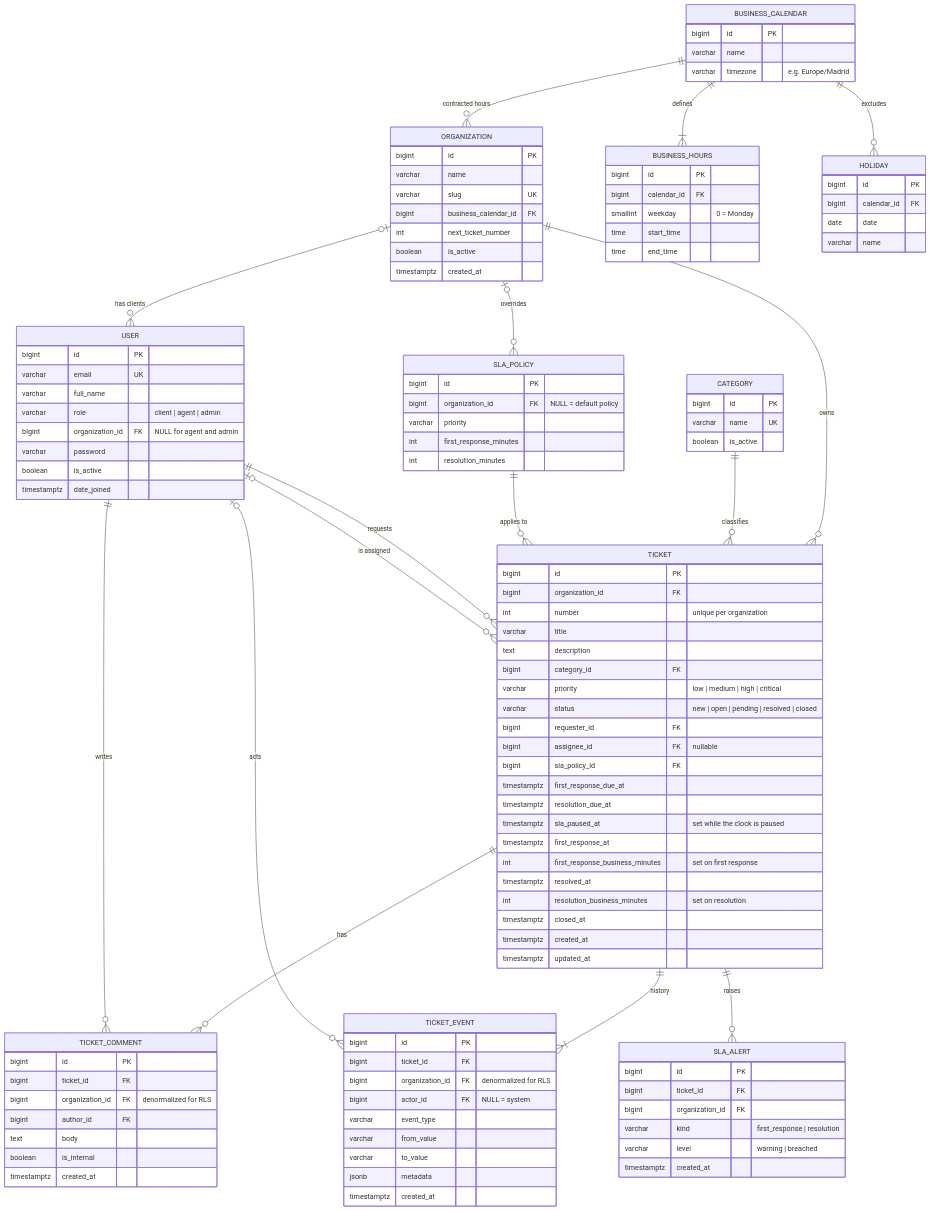
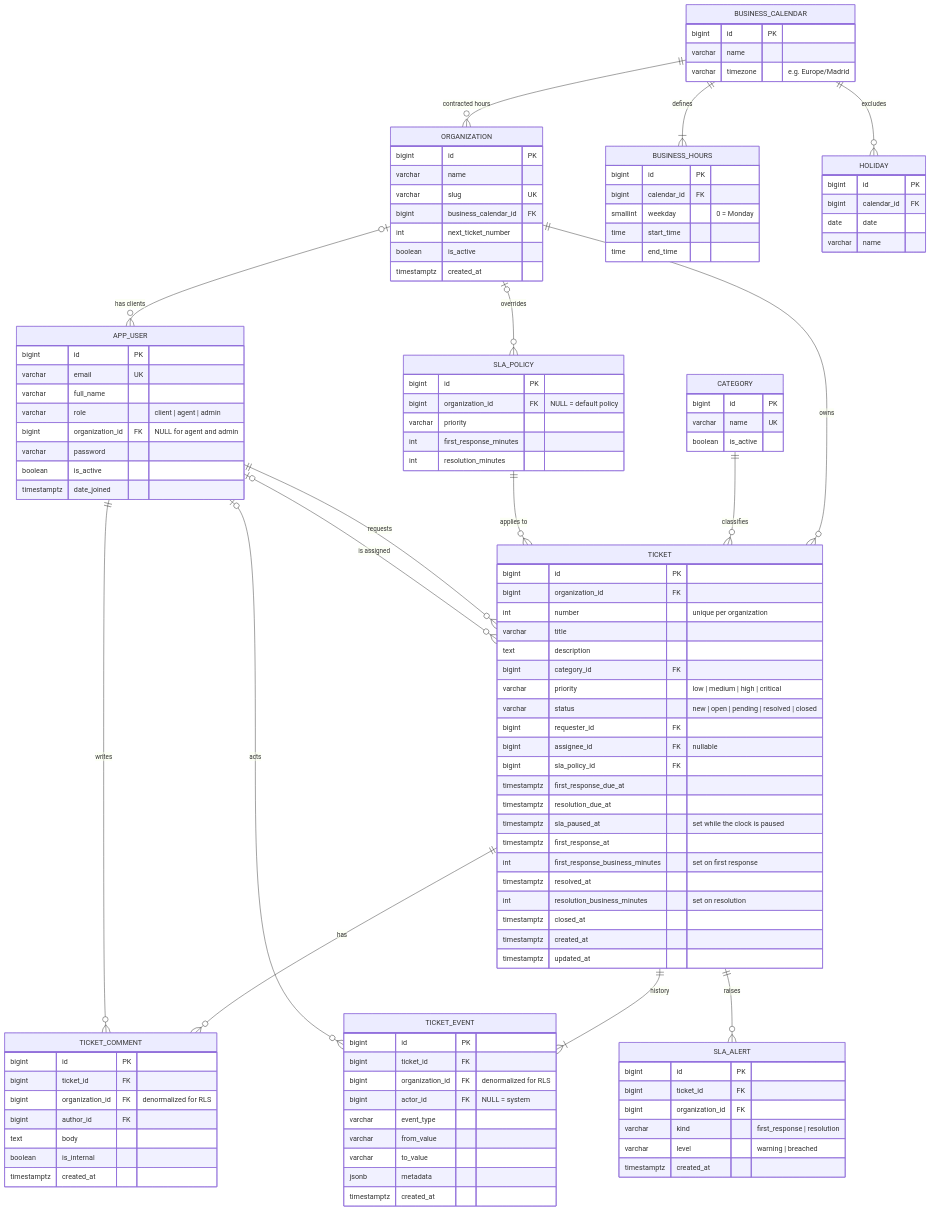
The diagram in docs/data-model.md (maarino02/helpdesk-sla), drawn with Mermaid before and after one commit. The commit also changed other lines of this file, not shown here.

Commit message:
rename user table to app_user in data model

```diff
--- a/docs/data-model.md
+++ b/docs/data-model.md
@@ -10,17 +10,17 @@
     BUSINESS_CALENDAR ||--o{ ORGANIZATION : "contracted hours"
     BUSINESS_CALENDAR ||--|{ BUSINESS_HOURS : "defines"
     BUSINESS_CALENDAR ||--o{ HOLIDAY : "excludes"
-    ORGANIZATION |o--o{ USER : "has clients"
+    ORGANIZATION |o--o{ APP_USER : "has clients"
     ORGANIZATION |o--o{ SLA_POLICY : "overrides"
     ORGANIZATION ||--o{ TICKET : "owns"
     CATEGORY ||--o{ TICKET : "classifies"
     SLA_POLICY ||--o{ TICKET : "applies to"
-    USER ||--o{ TICKET : "requests"
-    USER |o--o{ TICKET : "is assigned"
+    APP_USER ||--o{ TICKET : "requests"
+    APP_USER |o--o{ TICKET : "is assigned"
     TICKET ||--o{ TICKET_COMMENT : "has"
-    USER ||--o{ TICKET_COMMENT : "writes"
+    APP_USER ||--o{ TICKET_COMMENT : "writes"
     TICKET ||--|{ TICKET_EVENT : "history"
-    USER |o--o{ TICKET_EVENT : "acts"
+    APP_USER |o--o{ TICKET_EVENT : "acts"
     TICKET ||--o{ SLA_ALERT : "raises"
 
     ORGANIZATION {
@@ -32,7 +32,7 @@
         boolean is_active
         timestamptz created_at
     }
-    USER {
+    APP_USER {
         bigint id PK
         varchar email UK
         varchar full_name
```
